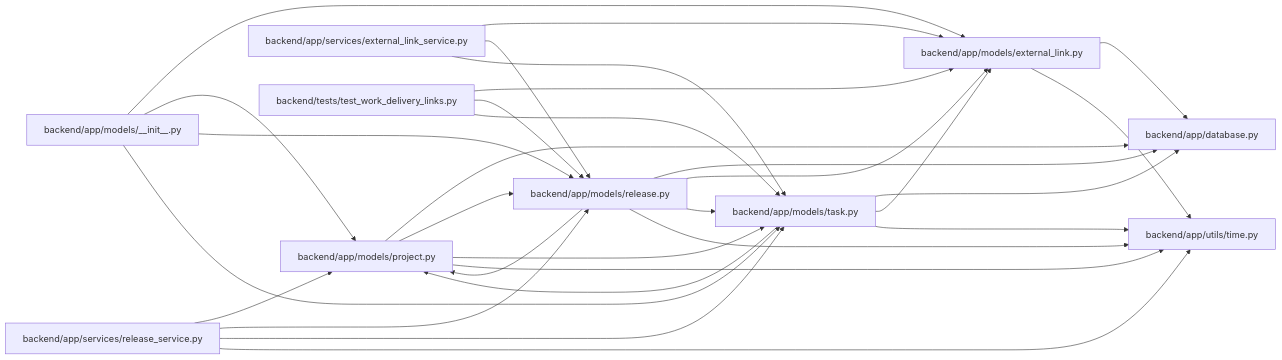
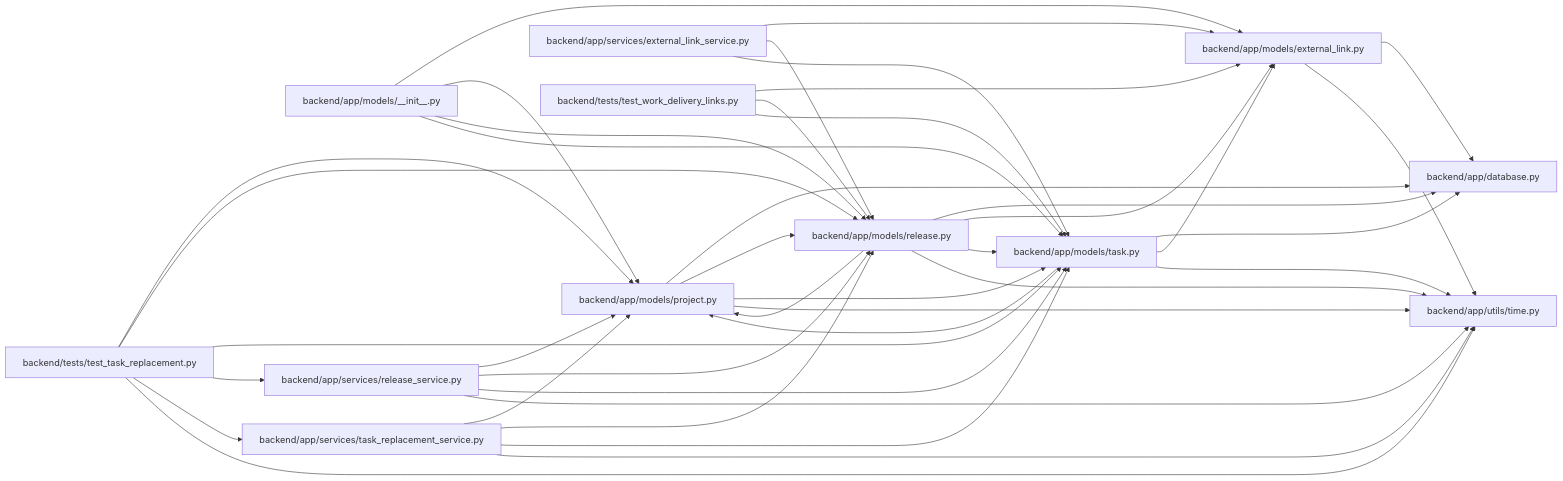
Before and after one commit to Denissvgn/WorkChord: the diagram in docs/llm_wiki/modules/models_release.md, drawn with Mermaid. The commit also changed other lines of this file and 1817 other files, not shown here.

First line of the commit message:
Refresh the architectural wiki for the 1.9.0 changes

````diff
--- a/docs/llm_wiki/modules/models_release.md
+++ b/docs/llm_wiki/modules/models_release.md
@@ -27,52 +27,66 @@
 ```mermaid
 flowchart LR
     n0["backend/app/database.py"]
     n1["backend/app/models/__init__.py"]
     n2["backend/app/models/external_link.py"]
     n3["backend/app/models/project.py"]
     n4["backend/app/models/release.py"]
     n5["backend/app/models/task.py"]
     n6["backend/app/services/external_link_service.py"]
     n7["backend/app/services/release_service.py"]
-    n8["backend/app/utils/time.py"]
-    n9["backend/tests/test_work_delivery_links.py"]
+    n8["backend/app/services/task_replacement_service.py"]
+    n9["backend/app/utils/time.py"]
+    n10["backend/tests/test_task_replacement.py"]
+    n11["backend/tests/test_work_delivery_links.py"]
     n1 --> n2
     n1 --> n3
     n1 --> n4
     n1 --> n5
     n2 --> n0
-    n2 --> n8
+    n2 --> n9
     n3 --> n0
     n3 --> n4
     n3 --> n5
-    n3 --> n8
+    n3 --> n9
     n4 --> n0
     n4 --> n2
     n4 --> n3
     n4 --> n5
-    n4 --> n8
+    n4 --> n9
     n5 --> n0
     n5 --> n2
     n5 --> n3
-    n5 --> n8
+    n5 --> n9
     n6 --> n2
     n6 --> n4
     n6 --> n5
     n7 --> n3
     n7 --> n4
     n7 --> n5
-    n7 --> n8
-    n9 --> n2
-    n9 --> n4
-    n9 --> n5
+    n7 --> n9
+    n8 --> n3
+    n8 --> n4
+    n8 --> n5
+    n8 --> n9
+    n10 --> n3
+    n10 --> n4
+    n10 --> n5
+    n10 --> n7
+    n10 --> n8
+    n10 --> n9
+    n11 --> n2
+    n11 --> n4
+    n11 --> n5
     click n0 "../modules/app_database.md"
     click n1 "../modules/models___init__.md"
     click n2 "../modules/models_external_link.md"
     click n3 "../modules/models_project.md"
     click n4 "../modules/models_release.md"
     click n5 "../modules/models_task.md"
     click n6 "../modules/external_link_service.md"
     click n7 "../modules/release_service.md"
-    click n8 "../modules/time.md"
-    click n9 "../modules/test_work_delivery_links.md"
+    click n8 "../modules/task_replacement_service.md"
+    click n9 "../modules/time.md"
+    click n10 "../modules/test_task_replacement.md"
+    click n11 "../modules/test_work_delivery_links.md"
 ```
````
